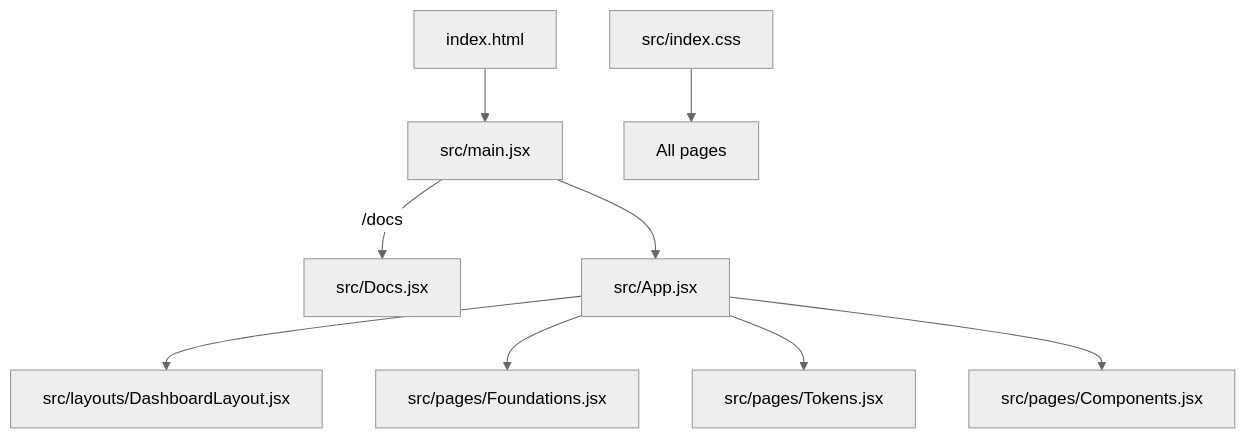
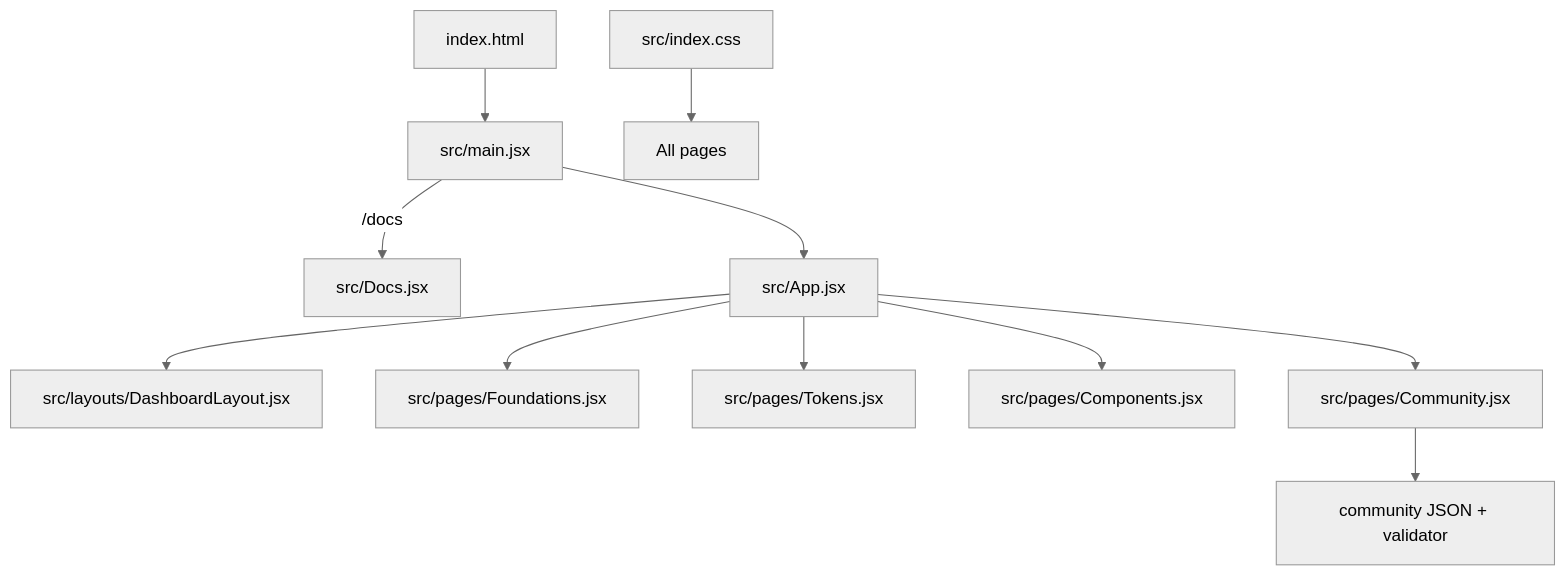
The first of 2 diagrams in docs/engineering/frontend-architecture.md (breeze-sn/Atria), drawn with Mermaid (neutral theme) before and after one commit. The commit also changed other lines of this file and 31 other files, not shown here.

````diff
--- a/docs/engineering/frontend-architecture.md
+++ b/docs/engineering/frontend-architecture.md
@@ -9,11 +9,13 @@
 ```mermaid
 flowchart TD
   HTML[index.html] --> Main[src/main.jsx]
   Main -->|/docs| Docs[src/Docs.jsx]
   Main --> App[src/App.jsx]
   App --> Layout[src/layouts/DashboardLayout.jsx]
   App --> Foundations[src/pages/Foundations.jsx]
   App --> Tokens[src/pages/Tokens.jsx]
   App --> Components[src/pages/Components.jsx]
+  App --> Community[src/pages/Community.jsx]
+  Community --> Data[community JSON + validator]
   CSS[src/index.css] --> All[All pages]
 ```
````
